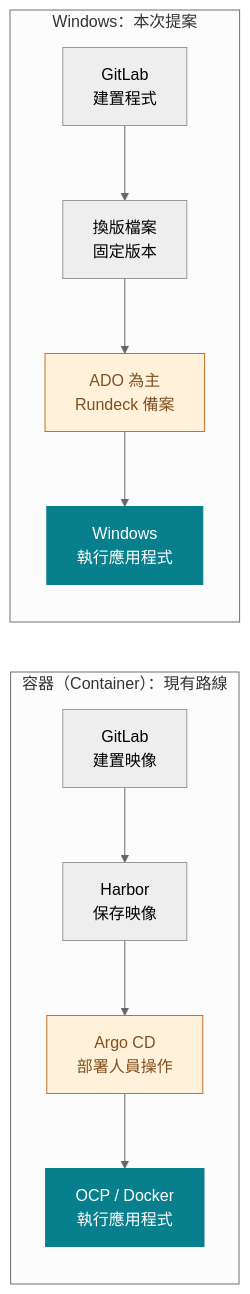
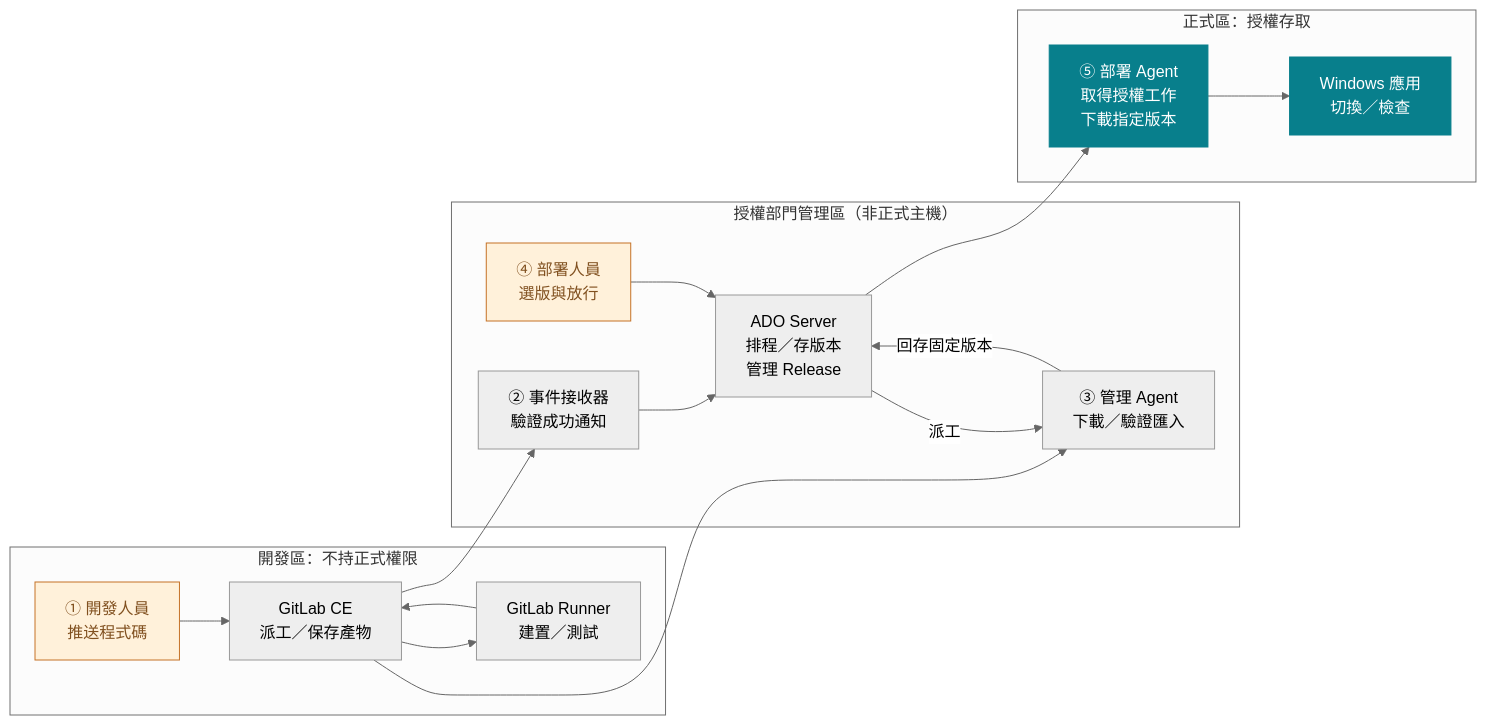
The second of 5 diagrams in docs/presentations/windows-cd-initial-plan.md (cyljacky02/gitlab-win-cicd), drawn with Mermaid (neutral theme) before and after one commit. The commit also changed other lines of this file and 28 other files, not shown here.

Commit message:
docs: simplify Windows deployment proposal with event-driven ADO architecture

````diff
--- a/docs/presentations/windows-cd-initial-plan.md
+++ b/docs/presentations/windows-cd-initial-plan.md
@@ -83,36 +74,58 @@
 ```mermaid
 flowchart LR
-%% @name existing-and-proposed
-%% @lane container 0 0 880 120
-%% @lane windows 0 140 880 120
-subgraph container["容器（Container）：現有路線"]
- A["GitLab<br/>建置映像"]
- B["Harbor<br/>保存映像"]
- C["Argo CD<br/>部署人員操作"]
- D["OCP / Docker<br/>執行應用程式"]
+%% @name event-driven-architecture
+%% @lane dev 0 0 240 280
+%% @lane ops 270 0 390 280
+%% @lane prod 690 0 190 280
+subgraph dev["開發區：不持正式權限"]
+ P["① 開發人員<br/>推送程式碼"]
+ G["GitLab CE<br/>派工／保存產物"]
+ R["GitLab Runner<br/>建置／測試"]
 end
-subgraph windows["Windows：本次提案"]
- E["GitLab<br/>建置程式"]
- F["換版檔案<br/>固定版本"]
- G["ADO 為主<br/>Rundeck 備案"]
- H["Windows<br/>執行應用程式"]
+subgraph ops["授權部門管理區（非正式主機）"]
+ W["② 事件接收器<br/>驗證成功通知"]
+ S["ADO Server<br/>排程／存版本<br/>管理 Release"]
+ I["③ 管理 Agent<br/>下載／驗證匯入"]
+ D["④ 部署人員<br/>選版與放行"]
 end
-%% @node A 20 48 180 64
-%% @node B 235 48 180 64
-%% @node C 450 48 180 64
-%% @node D 665 48 195 64
-%% @node E 20 188 180 64
-%% @node F 235 188 180 64
-%% @node G 450 188 180 64
-%% @node H 665 188 195 64
-A --> B
-B --> C
-C --> D
-E --> F
-F --> G
-G --> H
-class C,G control
-class D,H target
+subgraph prod["正式區：授權存取"]
+ T["⑤ 部署 Agent<br/>取得授權工作<br/>下載指定版本"]
+ A["Windows 應用<br/>切換／檢查"]
+end
+%% @node P 20 40 200 65
+%% @node G 20 120 200 65
+%% @node R 20 210 200 65
+%% @node W 285 40 175 65
+%% @node S 480 40 165 95
+%% @node I 285 200 175 75
+%% @node D 480 200 165 75
+%% @node T 705 40 160 95
+%% @node A 705 200 160 75
+%% @ports G W right left
+%% @route G W 255 152 255 72
+%% @ports G I right left
+%% @route G I 245 152 245 237
+%% @ports S I bottom right
+%% @route S I 562 165 470 165 470 237
+%% @ports I S top left
+%% @route I S 372 150 465 150 465 87
+%% @ports R G right right
+%% @route R G 230 242 230 152
+%% @label S I 390 164 90
+%% @label I S 280 110 175
+P --> G
+G --> R
+R --> G
+G --> W
+W --> S
+G --> I
+S -->|"派工"| I
+I -->|"回存固定版本"| S
+D --> S
+S --> T
+T --> A
+class P,D control
+class T,A target
 classDef control fill:#FFF1DA,color:#80501F,stroke:#C57227
 classDef target fill:#087F8C,color:#ffffff,stroke:#087F8C
 ```
````
